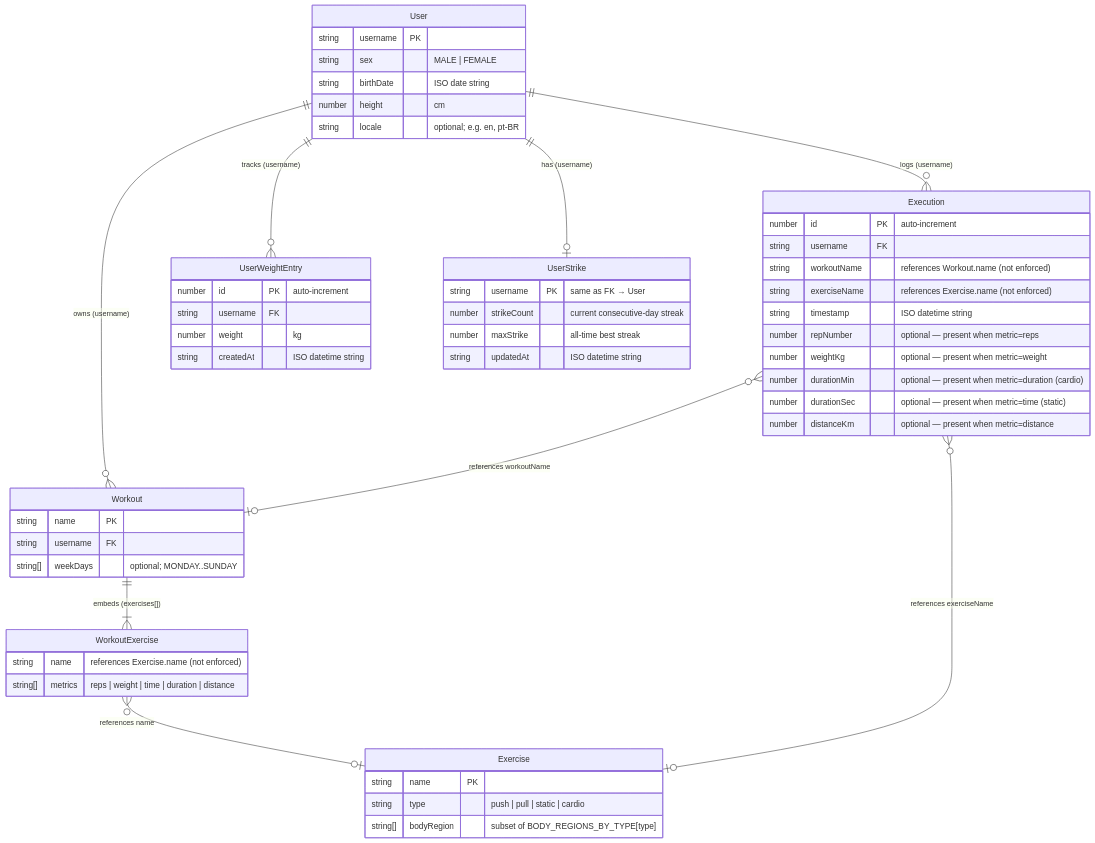
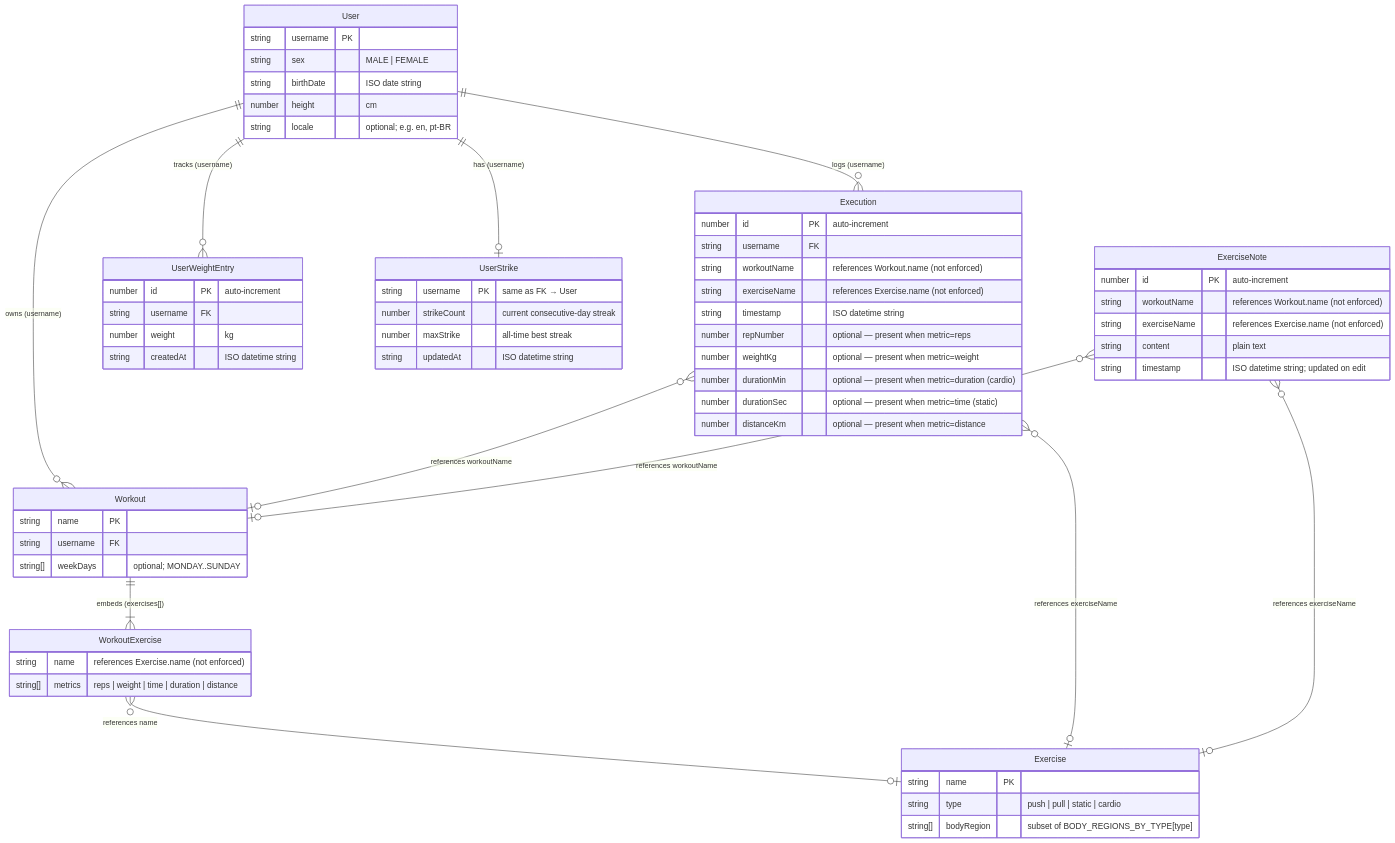
One commit to us0p/personal_gym changed the diagram in DATABASE.md. Above: the diagram before and after it, drawn with Mermaid. The commit also changed other lines of this file and 12 other files, not shown here.

````diff
--- a/DATABASE.md
+++ b/DATABASE.md
@@ -13,63 +13,73 @@
 ```mermaid
 erDiagram
     User {
         string  username    PK
         string  sex         "MALE | FEMALE"
         string  birthDate   "ISO date string"
         number  height      "cm"
         string  locale      "optional; e.g. en, pt-BR"
     }
 
     Exercise {
         string   name        PK
         string   type        "push | pull | static | cardio"
         string[] bodyRegion  "subset of BODY_REGIONS_BY_TYPE[type]"
     }
 
     Workout {
         string   name       PK
         string   username   FK
         string[] weekDays   "optional; MONDAY..SUNDAY"
     }
 
     WorkoutExercise {
         string   name     "references Exercise.name (not enforced)"
         string[] metrics  "reps | weight | time | duration | distance"
     }
 
     Execution {
         number  id            PK "auto-increment"
         string  username      FK
         string  workoutName   "references Workout.name (not enforced)"
         string  exerciseName  "references Exercise.name (not enforced)"
         string  timestamp     "ISO datetime string"
         number  repNumber     "optional — present when metric=reps"
         number  weightKg      "optional — present when metric=weight"
         number  durationMin   "optional — present when metric=duration (cardio)"
         number  durationSec   "optional — present when metric=time (static)"
         number  distanceKm    "optional — present when metric=distance"
     }
 
     UserWeightEntry {
         number  id         PK "auto-increment"
         string  username   FK
         number  weight     "kg"
         string  createdAt  "ISO datetime string"
     }
 
     UserStrike {
         string  username      PK "same as FK → User"
         number  strikeCount   "current consecutive-day streak"
         number  maxStrike     "all-time best streak"
         string  updatedAt     "ISO datetime string"
     }
 
+    ExerciseNote {
+        number  id            PK "auto-increment"
+        string  workoutName   "references Workout.name (not enforced)"
+        string  exerciseName  "references Exercise.name (not enforced)"
+        string  content       "plain text"
+        string  timestamp     "ISO datetime string; updated on edit"
+    }
+
     User          ||--o{  Workout         : "owns (username)"
     User          ||--o{  Execution       : "logs (username)"
     User          ||--o{  UserWeightEntry : "tracks (username)"
     User          ||--o|  UserStrike      : "has (username)"
     Workout       ||--|{  WorkoutExercise : "embeds (exercises[])"
     WorkoutExercise }o--o| Exercise       : "references name"
     Execution     }o--o|  Workout         : "references workoutName"
     Execution     }o--o|  Exercise        : "references exerciseName"
+    ExerciseNote  }o--o|  Workout         : "references workoutName"
+    ExerciseNote  }o--o|  Exercise        : "references exerciseName"
 ```
````
